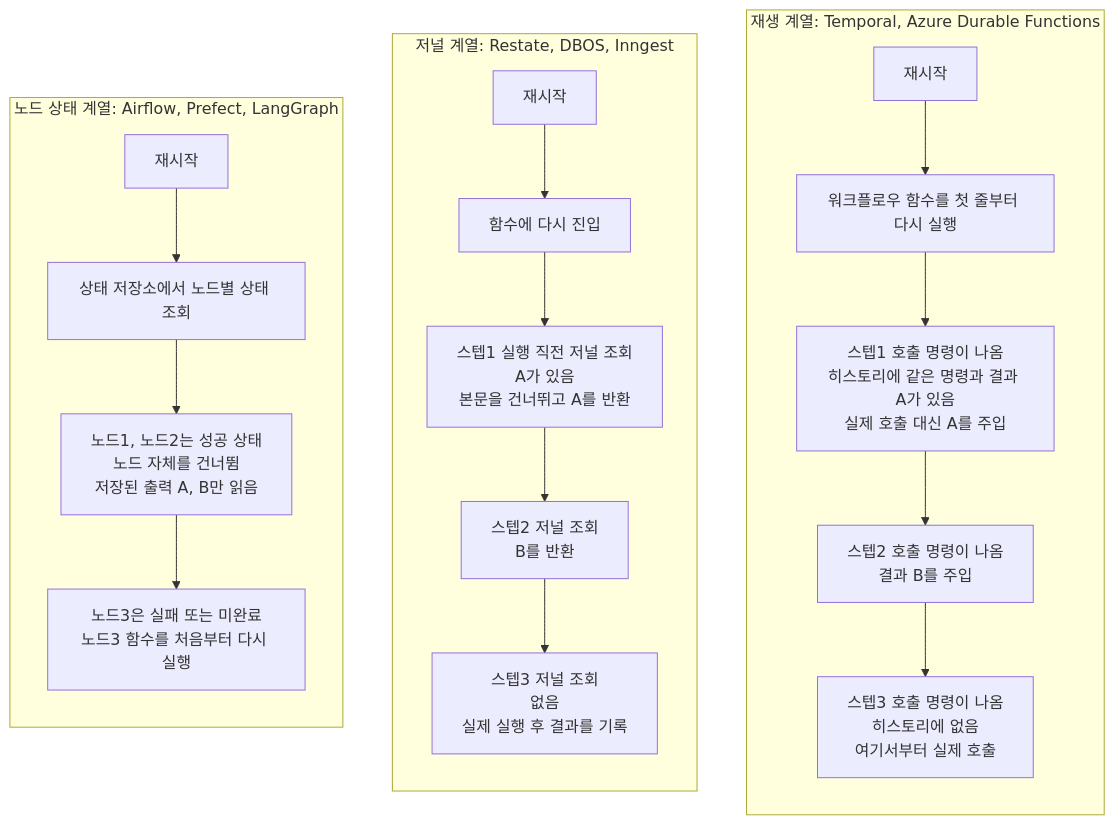
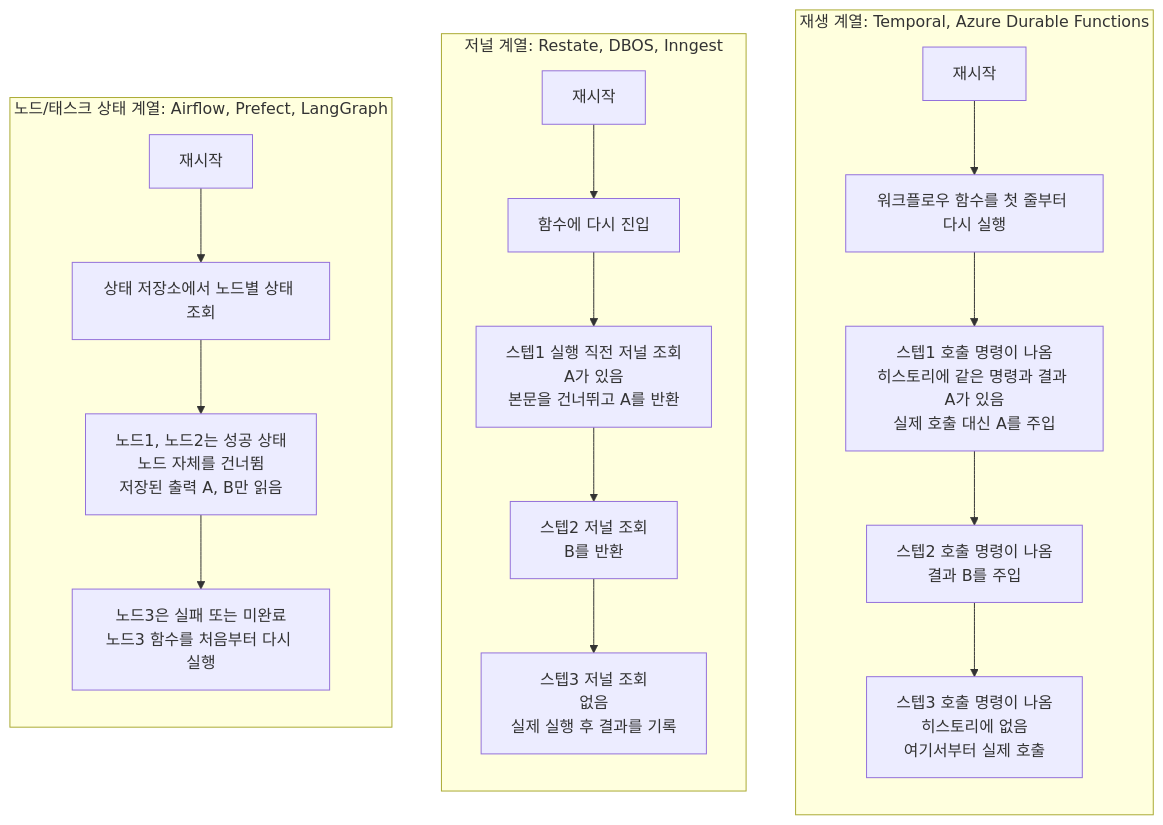
The first of 2 diagrams in docs/posts/AI/agent_checkpoint_durable_execution.md (dotoryeee/blog), drawn with Mermaid before and after one commit. The commit also changed other lines of this file and 1 other file, not shown here.

````diff
--- a/docs/posts/AI/agent_checkpoint_durable_execution.md
+++ b/docs/posts/AI/agent_checkpoint_durable_execution.md
@@ -67,23 +67,23 @@
 ```mermaid
 flowchart TB
     subgraph R["재생 계열: Temporal, Azure Durable Functions"]
         direction TB
         R0["재시작"] --> R1["워크플로우 함수를 첫 줄부터 다시 실행"]
         R1 --> R2["스텝1 호출 명령이 나옴<br>히스토리에 같은 명령과 결과 A가 있음<br>실제 호출 대신 A를 주입"]
         R2 --> R3["스텝2 호출 명령이 나옴<br>결과 B를 주입"]
         R3 --> R4["스텝3 호출 명령이 나옴<br>히스토리에 없음<br>여기서부터 실제 호출"]
     end
     subgraph J["저널 계열: Restate, DBOS, Inngest"]
         direction TB
         J0["재시작"] --> J1["함수에 다시 진입"]
         J1 --> J2["스텝1 실행 직전 저널 조회<br>A가 있음<br>본문을 건너뛰고 A를 반환"]
         J2 --> J3["스텝2 저널 조회<br>B를 반환"]
         J3 --> J4["스텝3 저널 조회<br>없음<br>실제 실행 후 결과를 기록"]
     end
-    subgraph N["노드 상태 계열: Airflow, Prefect, LangGraph"]
+    subgraph N["노드/태스크 상태 계열: Airflow, Prefect, LangGraph"]
         direction TB
         N0["재시작"] --> N1["상태 저장소에서 노드별 상태 조회"]
         N1 --> N2["노드1, 노드2는 성공 상태<br>노드 자체를 건너뜀<br>저장된 출력 A, B만 읽음"]
         N2 --> N3["노드3은 실패 또는 미완료<br>노드3 함수를 처음부터 다시 실행"]
     end
 ```
````
